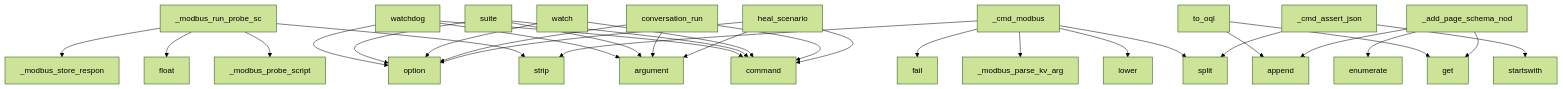
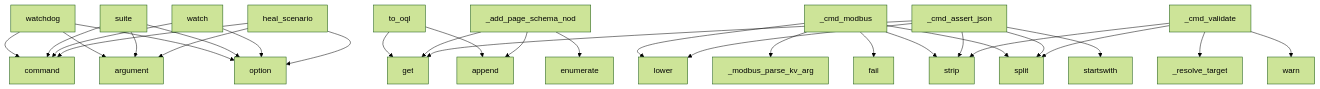
The diagram in project/context.md (oqlos/testql), drawn with Mermaid (forest theme) before and after one commit. The commit also changed other lines of this file and 33 other files, not shown here.

````diff
--- a/project/context.md
+++ b/project/context.md
@@ -632,33 +638,33 @@
 ```mermaid
 graph TD
-    _modbus_run_probe_sc --> _modbus_probe_script
-    _modbus_run_probe_sc --> float
-    _modbus_run_probe_sc --> strip
-    _modbus_run_probe_sc --> _modbus_store_respon
     watchdog --> command
     watchdog --> argument
     watchdog --> option
     suite --> command
     suite --> argument
     suite --> option
     to_oql --> get
     to_oql --> append
     watch --> command
     watch --> option
+    _add_page_schema_nod --> get
+    _add_page_schema_nod --> append
+    _add_page_schema_nod --> enumerate
     _cmd_modbus --> lower
     _cmd_modbus --> _modbus_parse_kv_arg
     _cmd_modbus --> fail
     _cmd_modbus --> strip
     _cmd_modbus --> split
-    _add_page_schema_nod --> get
-    _add_page_schema_nod --> append
-    _add_page_schema_nod --> enumerate
-    conversation_run --> command
-    conversation_run --> argument
-    conversation_run --> option
     heal_scenario --> command
     heal_scenario --> argument
     heal_scenario --> option
     _cmd_assert_json --> split
     _cmd_assert_json --> startswith
+    _cmd_assert_json --> strip
+    _cmd_assert_json --> lower
+    _cmd_assert_json --> get
+    _cmd_validate --> split
+    _cmd_validate --> strip
+    _cmd_validate --> _resolve_target
+    _cmd_validate --> warn
 ```
````
